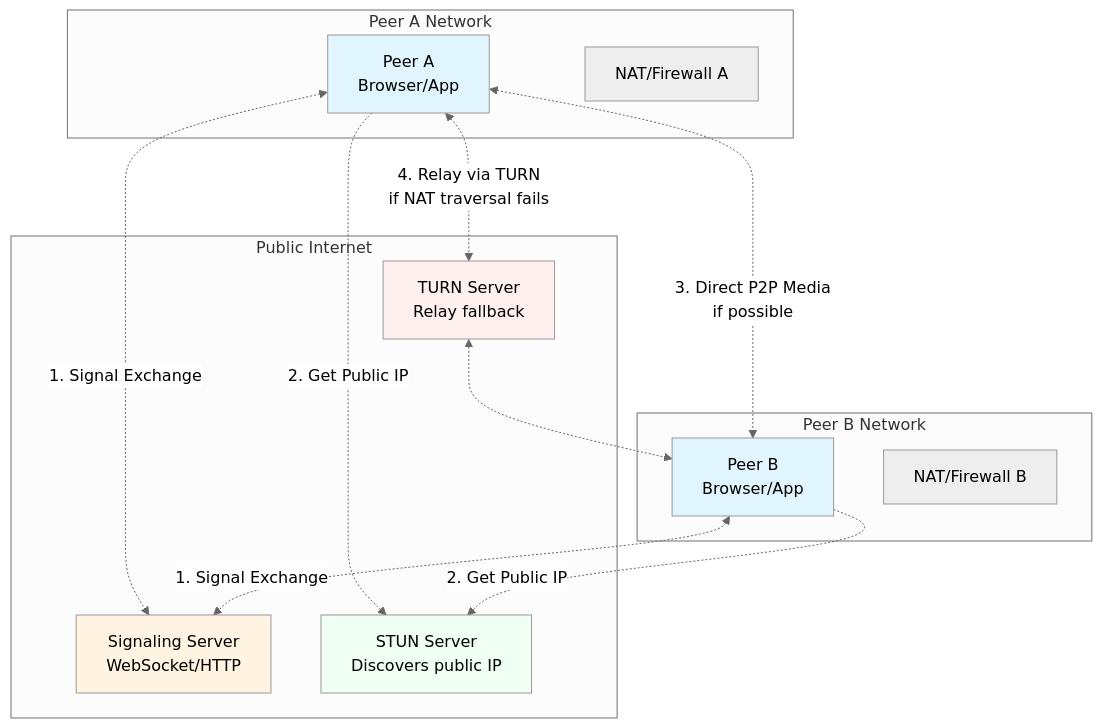
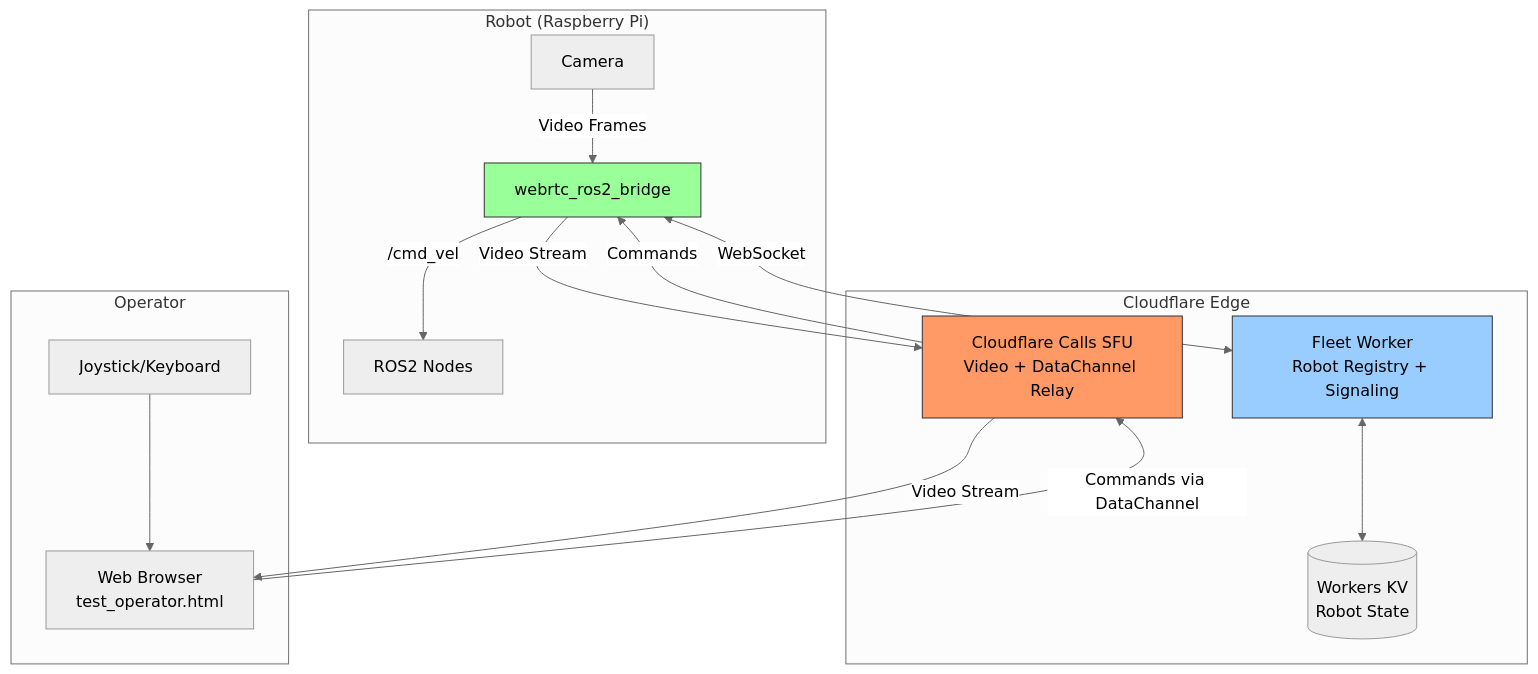
Before and after one commit to BigMuzzy/ugv_ws_pi: the first of 2 diagrams in src/ugv_main/webrtc_ros2_bridge/README.md, drawn with Mermaid (neutral theme). The commit also changed other lines of this file and 7 other files, not shown here.

First line of the commit message:
Remove WebRTC and WebSocket frontend implementation

````diff
--- a/src/ugv_main/webrtc_ros2_bridge/README.md
+++ b/src/ugv_main/webrtc_ros2_bridge/README.md
@@ -1,32 +7,34 @@
 ```mermaid
 graph TB
-    subgraph "Peer A Network"
-        A[Peer A<br/>Browser/App]
-        NAT_A[NAT/Firewall A]
+    subgraph "Robot (Raspberry Pi)"
+        ROS[ROS2 Nodes]
+        BRIDGE[webrtc_ros2_bridge]
+        CAM[Camera]
     end
     
-    subgraph "Peer B Network"
-        B[Peer B<br/>Browser/App]
-        NAT_B[NAT/Firewall B]
+    subgraph "Cloudflare Edge"
+        SFU[Cloudflare Calls SFU<br/>Video + DataChannel Relay]
+        WORKER[Fleet Worker<br/>Robot Registry + Signaling]
+        KV[(Workers KV<br/>Robot State)]
     end
     
-    subgraph "Public Internet"
-        SS[Signaling Server<br/>WebSocket/HTTP]
-        STUN[STUN Server<br/>Discovers public IP]
-        TURN[TURN Server<br/>Relay fallback]
+    subgraph "Operator"
+        UI[Web Browser<br/>test_operator.html]
+        JOY[Joystick/Keyboard]
     end
     
-    A <-.->|1. Signal Exchange| SS
-    B <-.->|1. Signal Exchange| SS
-    A -.->|2. Get Public IP| STUN
-    B -.->|2. Get Public IP| STUN
-    A <-.->|3. Direct P2P Media<br/>if possible| B
-    A <-.->|4. Relay via TURN<br/>if NAT traversal fails| TURN
-    TURN <-.-> B
+    CAM -->|Video Frames| BRIDGE
+    BRIDGE -->|Video Stream| SFU
+    BRIDGE <-->|WebSocket| WORKER
+    WORKER <--> KV
     
-    style A fill:#e1f5ff
-    style B fill:#e1f5ff
-    style SS fill:#fff4e1
-    style STUN fill:#f0fff4
-    style TURN fill:#fff0f0
+    SFU -->|Video Stream| UI
+    UI -->|Commands via DataChannel| SFU
+    SFU -->|Commands| BRIDGE
+    BRIDGE -->|/cmd_vel| ROS
+    JOY --> UI
+    
+    style SFU fill:#f96,stroke:#333
+    style WORKER fill:#9cf,stroke:#333
+    style BRIDGE fill:#9f9,stroke:#333
 ```
````
